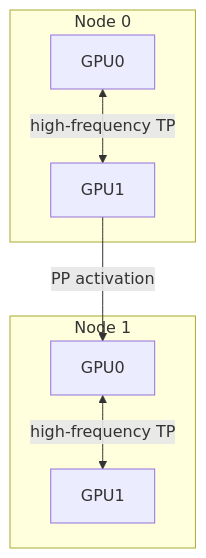
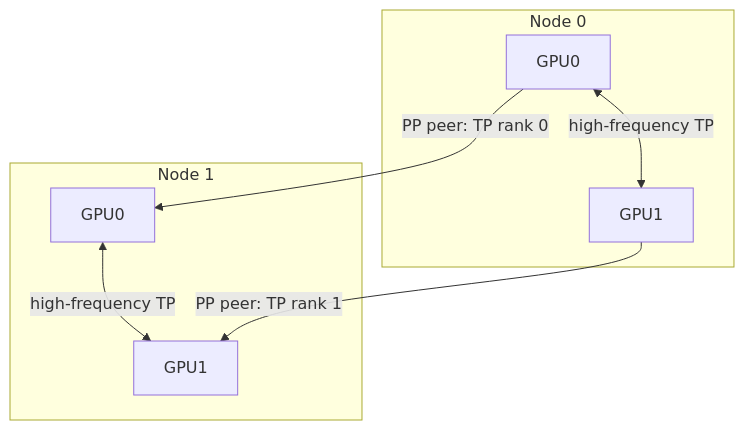
Before and after one commit to cluster1900/vllm_reader: diagram 20 of 26 in book/09-distributed/README.md, drawn with Mermaid. The commit also changed other lines of this file and 38 other files, not shown here.

````diff
--- a/book/09-distributed/README.md
+++ b/book/09-distributed/README.md
@@ -980,14 +1022,15 @@
 ```mermaid
 flowchart TB
     subgraph N0[Node 0]
         G00[GPU0]
         G01[GPU1]
         G00 <-->|high-frequency TP| G01
     end
     subgraph N1[Node 1]
         G10[GPU0]
         G11[GPU1]
         G10 <-->|high-frequency TP| G11
     end
-    G01 -->|PP activation| G10
+    G00 -->|PP peer: TP rank 0| G10
+    G01 -->|PP peer: TP rank 1| G11
 ```
````
